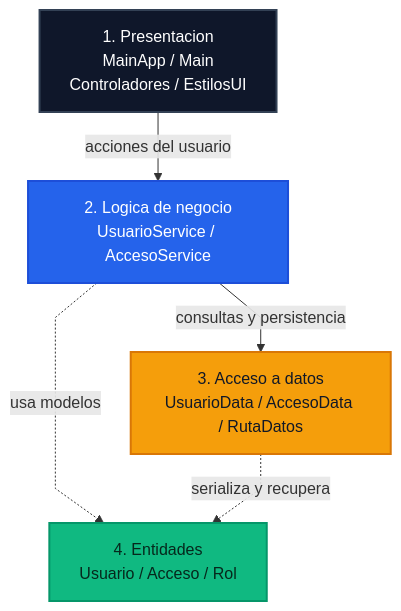
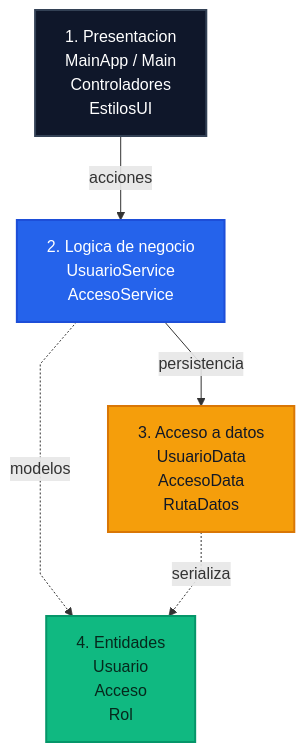
One commit to chepe5251/examen2Progra3 changed the diagram in README.md. Above: the diagram before and after it, drawn with Mermaid.

Commit message:
tighten readme diagram layout

````diff
--- a/README.md
+++ b/README.md
@@ -242,23 +242,23 @@
 ```mermaid
-%%{init: {'flowchart': {'curve': 'linear', 'nodeSpacing': 40, 'rankSpacing': 45}} }%%
+%%{init: {'flowchart': {'curve': 'linear', 'nodeSpacing': 55, 'rankSpacing': 60}} }%%
 flowchart TB
-    P["1. Presentacion<br/>MainApp / Main<br/>Controladores / EstilosUI"]
-    L["2. Logica de negocio<br/>UsuarioService / AccesoService"]
-    D["3. Acceso a datos<br/>UsuarioData / AccesoData / RutaDatos"]
-    E["4. Entidades<br/>Usuario / Acceso / Rol"]
+    P["1. Presentacion<br/>MainApp / Main<br/>Controladores<br/>EstilosUI"]
+    L["2. Logica de negocio<br/>UsuarioService<br/>AccesoService"]
+    D["3. Acceso a datos<br/>UsuarioData<br/>AccesoData<br/>RutaDatos"]
+    E["4. Entidades<br/>Usuario<br/>Acceso<br/>Rol"]
 
-    P -->|acciones del usuario| L
-    L -->|consultas y persistencia| D
-    L -.->|usa modelos| E
-    D -.->|serializa y recupera| E
+    P -->|acciones| L
+    L -->|persistencia| D
+    L -.->|modelos| E
+    D -.->|serializa| E
 
     classDef presentacion fill:#0f172a,color:#ffffff,stroke:#334155,stroke-width:2px;
     classDef logica fill:#2563eb,color:#ffffff,stroke:#1d4ed8,stroke-width:2px;
     classDef datos fill:#f59e0b,color:#111827,stroke:#d97706,stroke-width:2px;
     classDef entidades fill:#10b981,color:#06281c,stroke:#059669,stroke-width:2px;
 
     class P presentacion;
     class L logica;
     class D datos;
     class E entidades;
 ```
````
